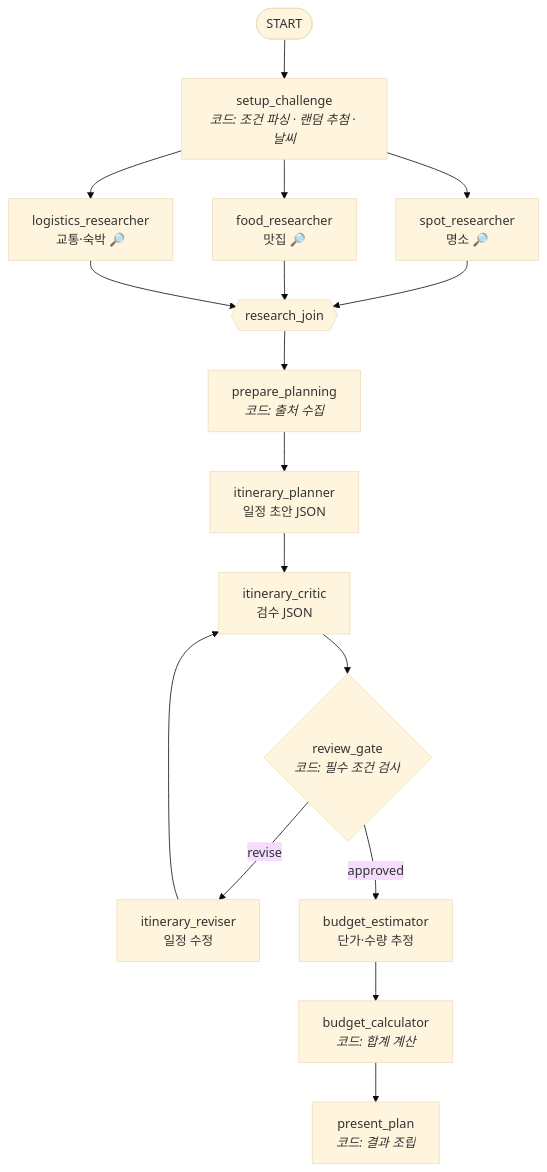
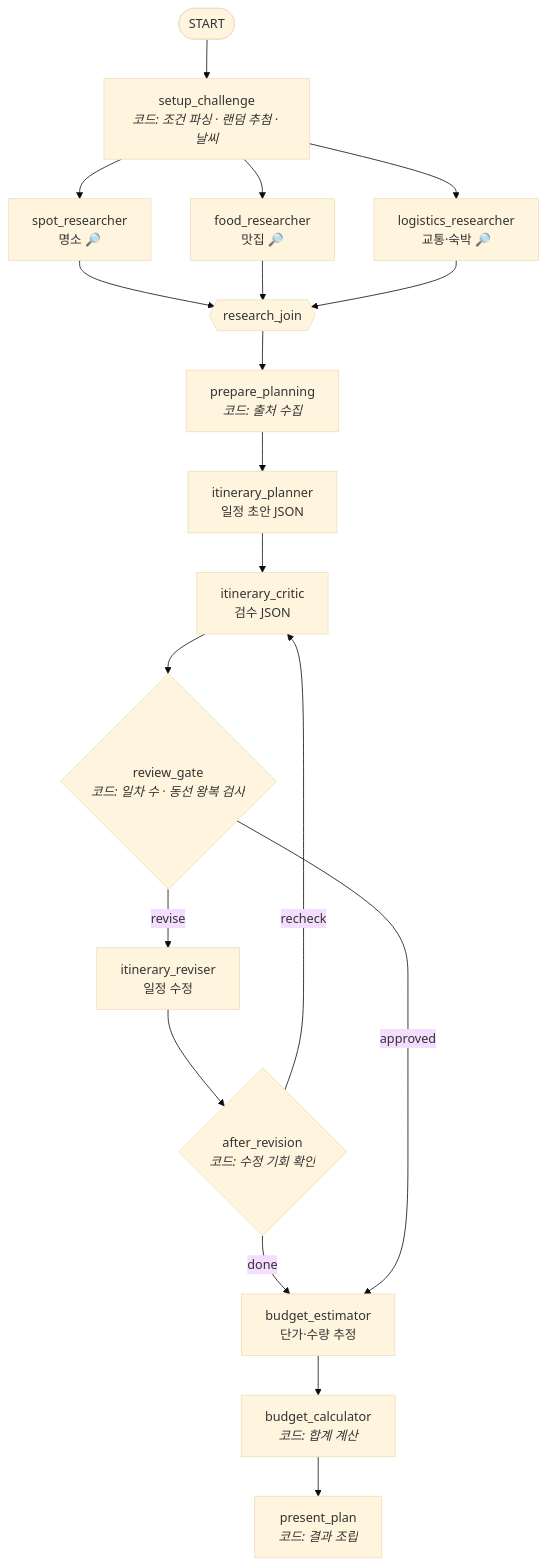
Before and after one commit to baebokchii/kaggle_ai_agent_project: the diagram in README.md, drawn with Mermaid (base theme). The commit also changed other lines of this file and 9 other files, not shown here.

````diff
--- a/README.md
+++ b/README.md
@@ -31,17 +31,19 @@
 ```mermaid
 flowchart TD
     S([START]) --> A[setup_challenge<br/><i>코드: 조건 파싱 · 랜덤 추첨 · 날씨</i>]
     A --> R1[spot_researcher<br/>명소 🔎]
     A --> R2[food_researcher<br/>맛집 🔎]
     A --> R3[logistics_researcher<br/>교통·숙박 🔎]
     R1 & R2 & R3 --> J{{research_join}}
     J --> P0[prepare_planning<br/><i>코드: 출처 수집</i>]
     P0 --> P[itinerary_planner<br/>일정 초안 JSON]
     P --> C[itinerary_critic<br/>검수 JSON]
-    C --> G{review_gate<br/><i>코드: 필수 조건 검사</i>}
+    C --> G{review_gate<br/><i>코드: 일차 수 · 동선 왕복 검사</i>}
     G -- revise --> V[itinerary_reviser<br/>일정 수정]
-    V --> C
+    V --> AR{after_revision<br/><i>코드: 수정 기회 확인</i>}
+    AR -- recheck --> C
+    AR -- done --> B
     G -- approved --> B[budget_estimator<br/>단가·수량 추정]
     B --> BC[budget_calculator<br/><i>코드: 합계 계산</i>]
     BC --> O[present_plan<br/><i>코드: 결과 조립</i>]
 ```
````
